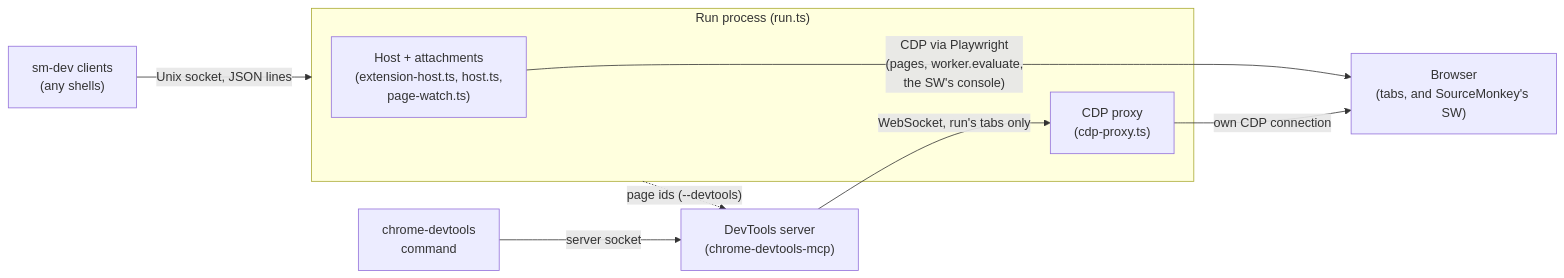
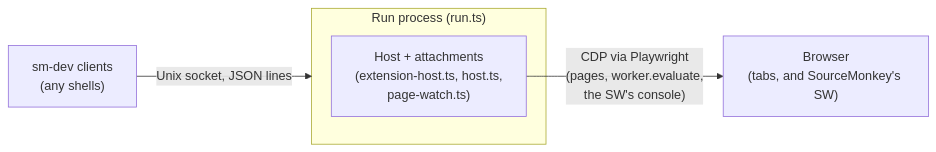
The diagram in docs/sm-dev-design.md (jshute96/SourceMonkey), drawn with Mermaid before and after one commit. The commit also changed other lines of this file and 18 other files, not shown here.

First line of the commit message:
sm-dev: remove start --devtools

````diff
--- a/docs/sm-dev-design.md
+++ b/docs/sm-dev-design.md
@@ -23,18 +23,11 @@
 ```mermaid
 flowchart LR
     Clients["sm-dev clients<br/>(any shells)"]
     subgraph RunProc["Run process (run.ts)"]
         Host["Host + attachments<br/>(extension-host.ts, host.ts,<br/>page-watch.ts)"]
-        Proxy["CDP proxy<br/>(cdp-proxy.ts)"]
     end
     Browser["Browser<br/>(tabs, and SourceMonkey's SW)"]
-    DevServer["DevTools server<br/>(chrome-devtools-mcp)"]
-    DevCli["chrome-devtools<br/>command"]
 
     Clients -- "Unix socket, JSON lines" --> RunProc
     Host -- "CDP via Playwright<br/>(pages, worker.evaluate,<br/>the SW's console)" --> Browser
-    Proxy -- "own CDP connection" --> Browser
-    DevServer -- "WebSocket, run's tabs only" --> Proxy
-    DevCli -- "server socket" --> DevServer
-    RunProc -. "page ids (--devtools)" .-> DevServer
 ```
````
